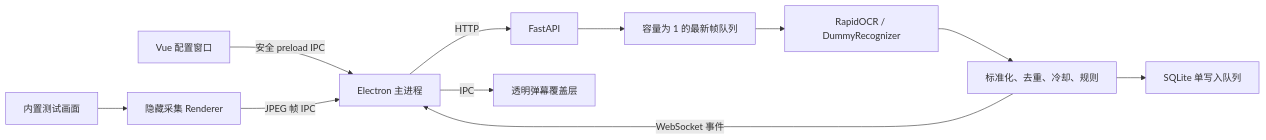
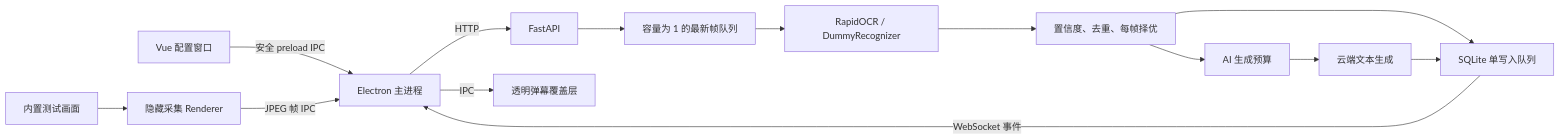
Before and after one commit to JIE305/Bullet-screen-system: the diagram in docs/architecture.md, drawn with Mermaid. The commit also changed other lines of this file and 35 other files, not shown here.

````diff
--- a/docs/architecture.md
+++ b/docs/architecture.md
@@ -7,13 +7,16 @@
 ```mermaid
 flowchart LR
     UI[Vue 配置窗口] -->|安全 preload IPC| Main[Electron 主进程]
     Fixture[内置测试画面] --> Capture[隐藏采集 Renderer]
     Capture -->|JPEG 帧 IPC| Main
     Main -->|HTTP| API[FastAPI]
     API --> Queue[容量为 1 的最新帧队列]
     Queue --> OCR[RapidOCR / DummyRecognizer]
-    OCR --> Rules[标准化、去重、冷却、规则]
-    Rules --> DB[SQLite 单写入队列]
-    Rules -->|WebSocket 事件| Main
+    OCR --> Filter[置信度、去重、每帧择优]
+    Filter --> Budget[AI 生成预算]
+    Budget --> Cloud[云端文本生成]
+    Filter --> DB[SQLite 单写入队列]
+    Cloud --> DB
+    DB -->|WebSocket 事件| Main
     Main -->|IPC| Overlay[透明弹幕覆盖层]
 ```
````
